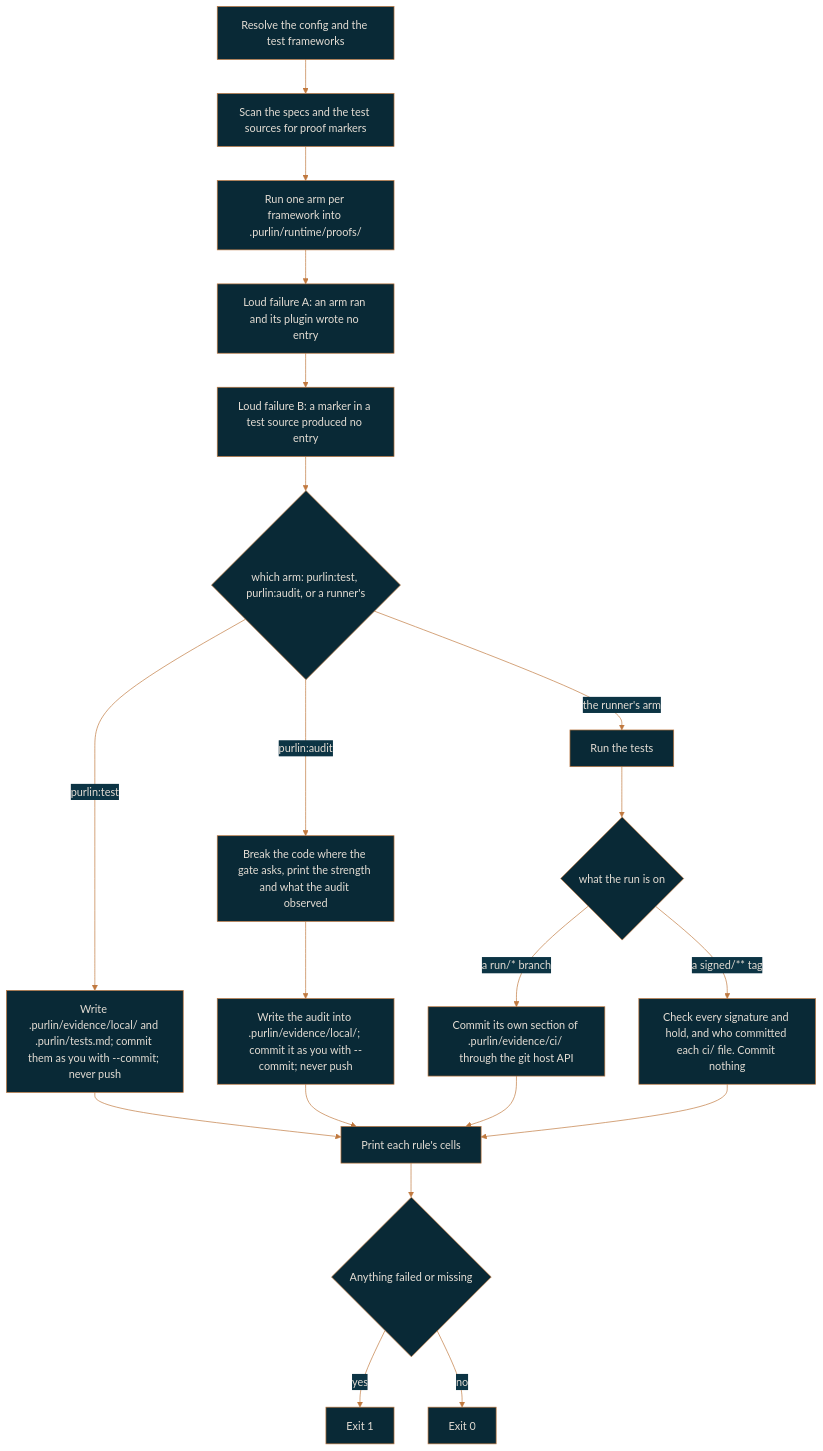
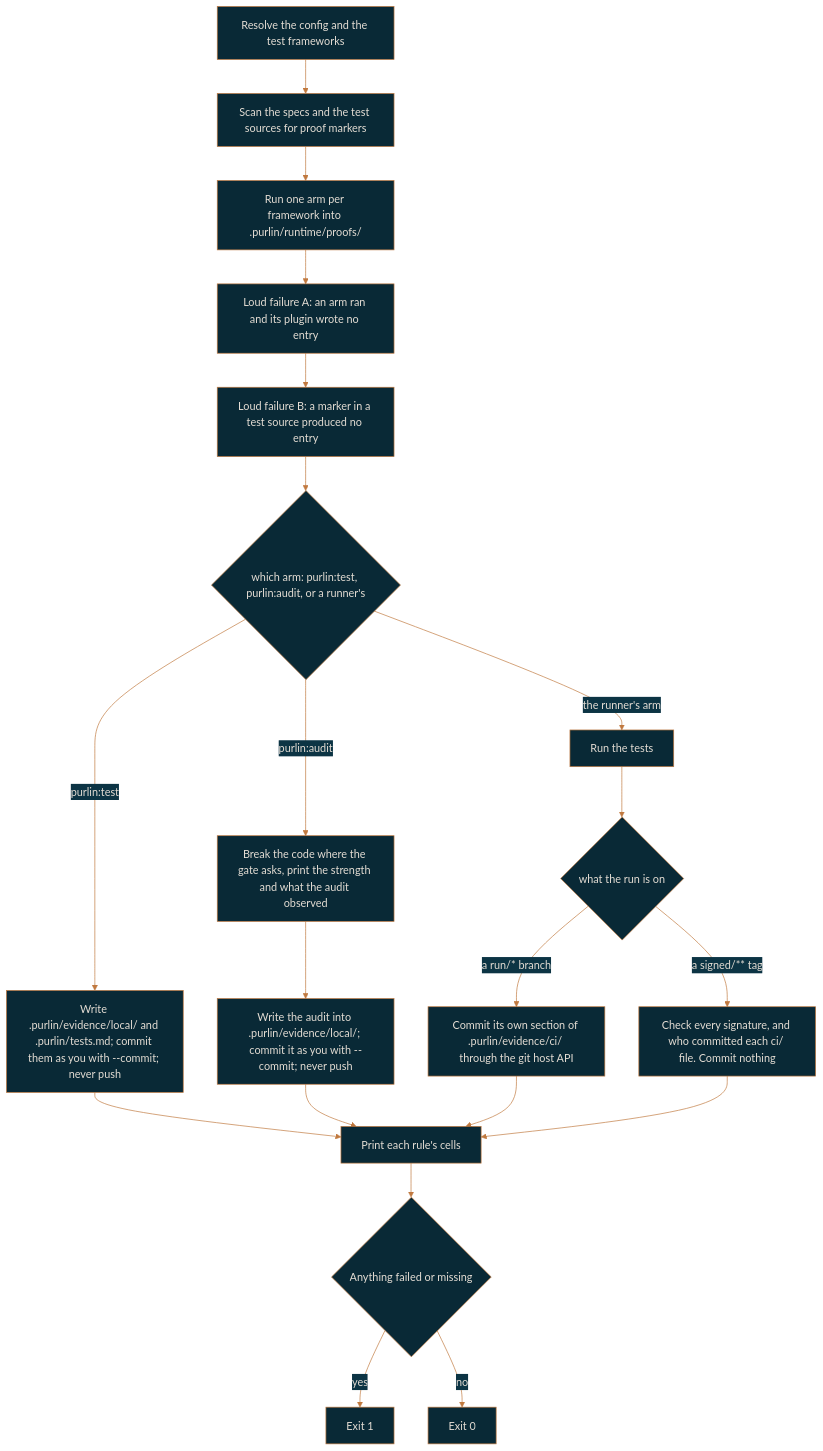
One commit to rlabarca/purlin changed the diagram in docs/running-and-records.md. Above: the diagram before and after it, drawn with Mermaid. The commit also changed other lines of this file and 27 other files, not shown here.

````diff
--- a/docs/running-and-records.md
+++ b/docs/running-and-records.md
@@ -106,23 +106,23 @@
 ```mermaid
 %%{init: {"theme": "base", "themeVariables": {"background": "#0C3444", "primaryColor": "#092936", "primaryTextColor": "#E4DDD4", "primaryBorderColor": "#C0793F", "lineColor": "#C0793F", "secondaryColor": "#0C3444", "tertiaryColor": "#092936", "fontFamily": "Arial", "textColor": "#E4DDD4"}}}%%
 flowchart TD
   A[Resolve the config and the test frameworks] --> B[Scan the specs and the test sources for proof markers]
   B --> C[Run one arm per framework into .purlin/runtime/proofs/]
   C --> D[Loud failure A: an arm ran and its plugin wrote no entry]
   D --> E[Loud failure B: a marker in a test source produced no entry]
   E --> F{"which arm: purlin:test, purlin:audit, or a runner's"}
   F -- "purlin:test" --> T1["Write .purlin/evidence/local/ and .purlin/tests.md; commit them as you with --commit; never push"]
   F -- "purlin:audit" --> A1["Break the code where the gate asks, print the strength and what the audit observed"]
   A1 --> A2["Write the audit into .purlin/evidence/local/; commit it as you with --commit; never push"]
   F -- "the runner's arm" --> H["Run the tests"]
   H --> Ci{"what the run is on"}
   Ci -->|"a run/* branch"| I2["Commit its own section of .purlin/evidence/ci/ through the git host API"]
-  Ci -->|"a signed/** tag"| I3["Check every signature and hold, and who committed each ci/ file. Commit nothing"]
+  Ci -->|"a signed/** tag"| I3["Check every signature, and who committed each ci/ file. Commit nothing"]
   T1 --> G["Print each rule's cells"]
   A2 --> G
   I2 --> G
   I3 --> G
   G --> J{Anything failed or missing}
   J -- yes --> K[Exit 1]
   J -- no --> L[Exit 0]
 ```
````
